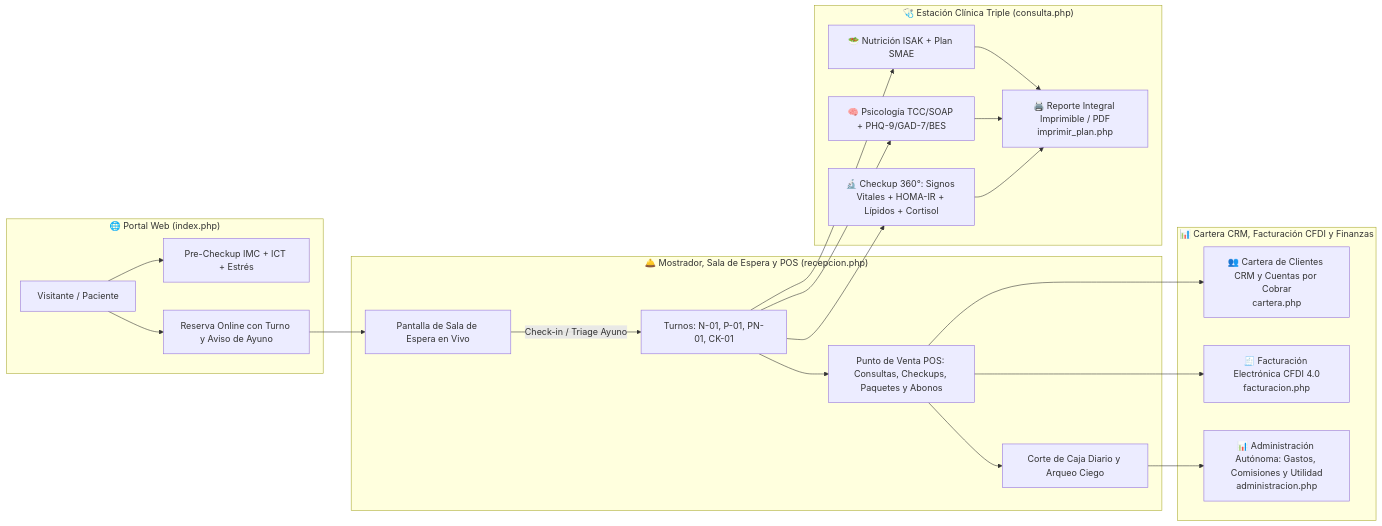
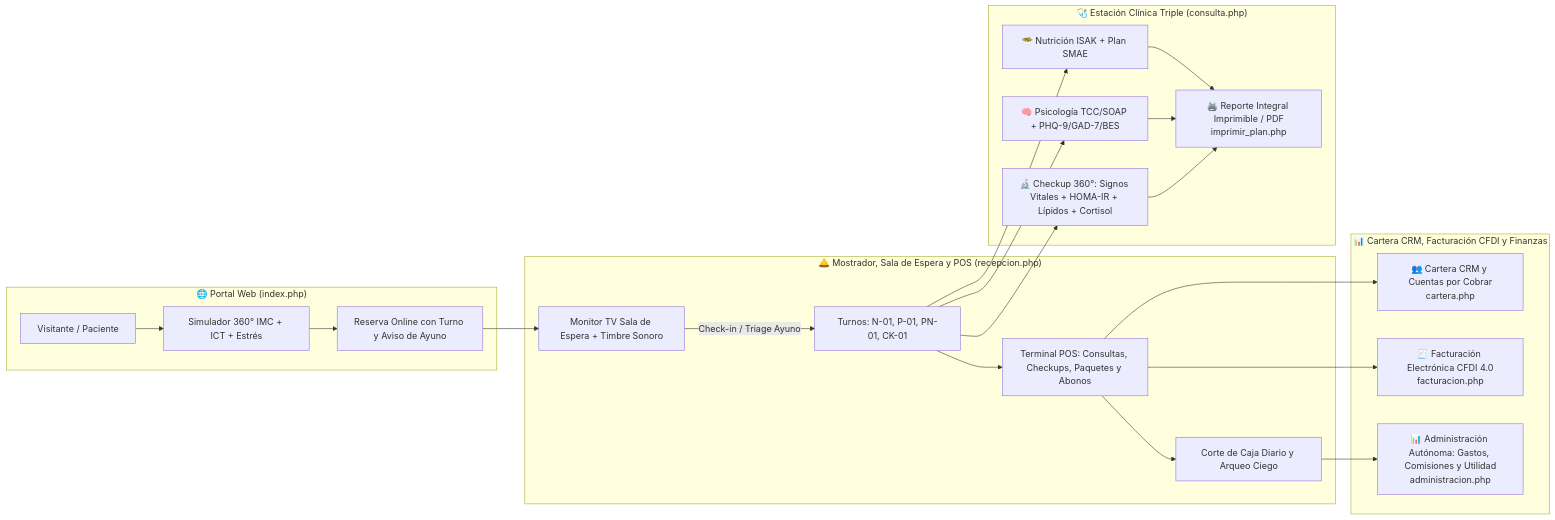
The first of 2 diagrams in README.md (Skullnietz/nutricare-pro-cpanel), drawn with Mermaid before and after one commit. The commit also changed other lines of this file and 6 other files, not shown here.

Commit message:
docs: actualizar README.md, diagramas Mermaid ER de 12 tablas y capturas SVG del nuevo diseno UX/UI

````diff
--- a/README.md
+++ b/README.md
@@ -11,27 +38,27 @@
 ```mermaid
 flowchart LR
     subgraph Web["🌐 Portal Web (index.php)"]
-        A[Visitante / Paciente] --> B[Pre-Checkup IMC + ICT + Estrés]
-        A --> C[Reserva Online con Turno y Aviso de Ayuno]
+        A[Visitante / Paciente] --> B[Simulador 360° IMC + ICT + Estrés]
+        B --> C[Reserva Online con Turno y Aviso de Ayuno]
     end
 
     subgraph Mostrador["🛎️ Mostrador, Sala de Espera y POS (recepcion.php)"]
-        C --> D[Pantalla de Sala de Espera en Vivo]
+        C --> D[Monitor TV Sala de Espera + Timbre Sonoro]
         D -->|Check-in / Triage Ayuno| E[Turnos: N-01, P-01, PN-01, CK-01]
-        E --> F[Punto de Venta POS: Consultas, Checkups, Paquetes y Abonos]
+        E --> F[Terminal POS: Consultas, Checkups, Paquetes y Abonos]
         F --> G[Corte de Caja Diario y Arqueo Ciego]
     end
 
     subgraph Clinica["🩺 Estación Clínica Triple (consulta.php)"]
         E --> H1[🥗 Nutrición ISAK + Plan SMAE]
         E --> H2[🧠 Psicología TCC/SOAP + PHQ-9/GAD-7/BES]
         E --> H3[🔬 Checkup 360°: Signos Vitales + HOMA-IR + Lípidos + Cortisol]
         H1 & H2 & H3 --> I[🖨️ Reporte Integral Imprimible / PDF\nimprimir_plan.php]
     end
 
     subgraph Backoffice["📊 Cartera CRM, Facturación CFDI y Finanzas"]
-        F --> J[👥 Cartera de Clientes CRM y Cuentas por Cobrar\ncartera.php]
+        F --> J[👥 Cartera CRM y Cuentas por Cobrar\ncartera.php]
         F --> K[🧾 Facturación Electrónica CFDI 4.0\nfacturacion.php]
         G --> L[📊 Administración Autónoma: Gastos, Comisiones y Utilidad\nadministracion.php]
     end
 ```
````
